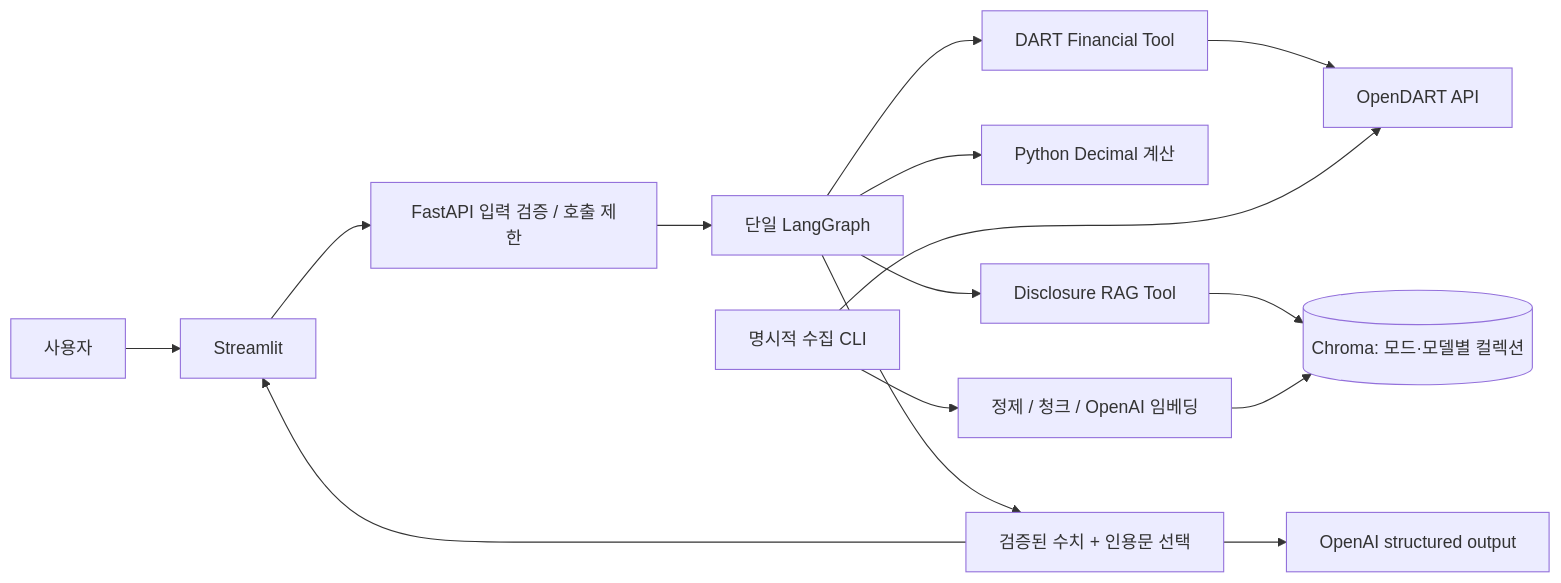
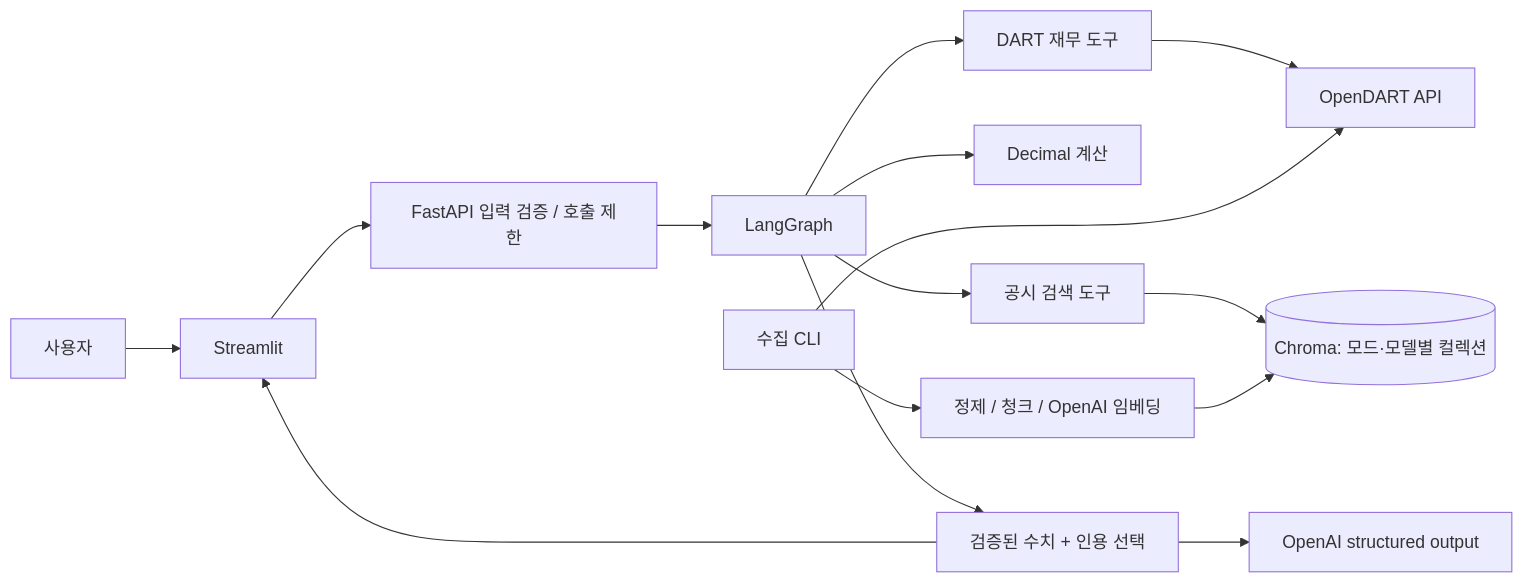
One commit to TechieMoon/finsight-ai changed the first of 2 diagrams in README.md. Above: the diagram before and after it, drawn with Mermaid. The commit also changed other lines of this file and 8 other files, not shown here.

````diff
--- a/README.md
+++ b/README.md
@@ -181,17 +175,17 @@
 ```mermaid
 flowchart LR
     U[사용자] --> UI[Streamlit]
     UI --> API[FastAPI 입력 검증 / 호출 제한]
-    API --> G[단일 LangGraph]
-    G --> F[DART Financial Tool]
+    API --> G[LangGraph]
+    G --> F[DART 재무 도구]
     F --> D[OpenDART API]
-    G --> C[Python Decimal 계산]
-    G --> R[Disclosure RAG Tool]
+    G --> C[Decimal 계산]
+    G --> R[공시 검색 도구]
     R --> V[(Chroma: 모드·모델별 컬렉션)]
-    I[명시적 수집 CLI] --> D
+    I[수집 CLI] --> D
     I --> E[정제 / 청크 / OpenAI 임베딩]
     E --> V
-    G --> Q[검증된 수치 + 인용문 선택]
+    G --> Q[검증된 수치 + 인용 선택]
     Q --> O[OpenAI structured output]
     Q --> UI
 ```
````
